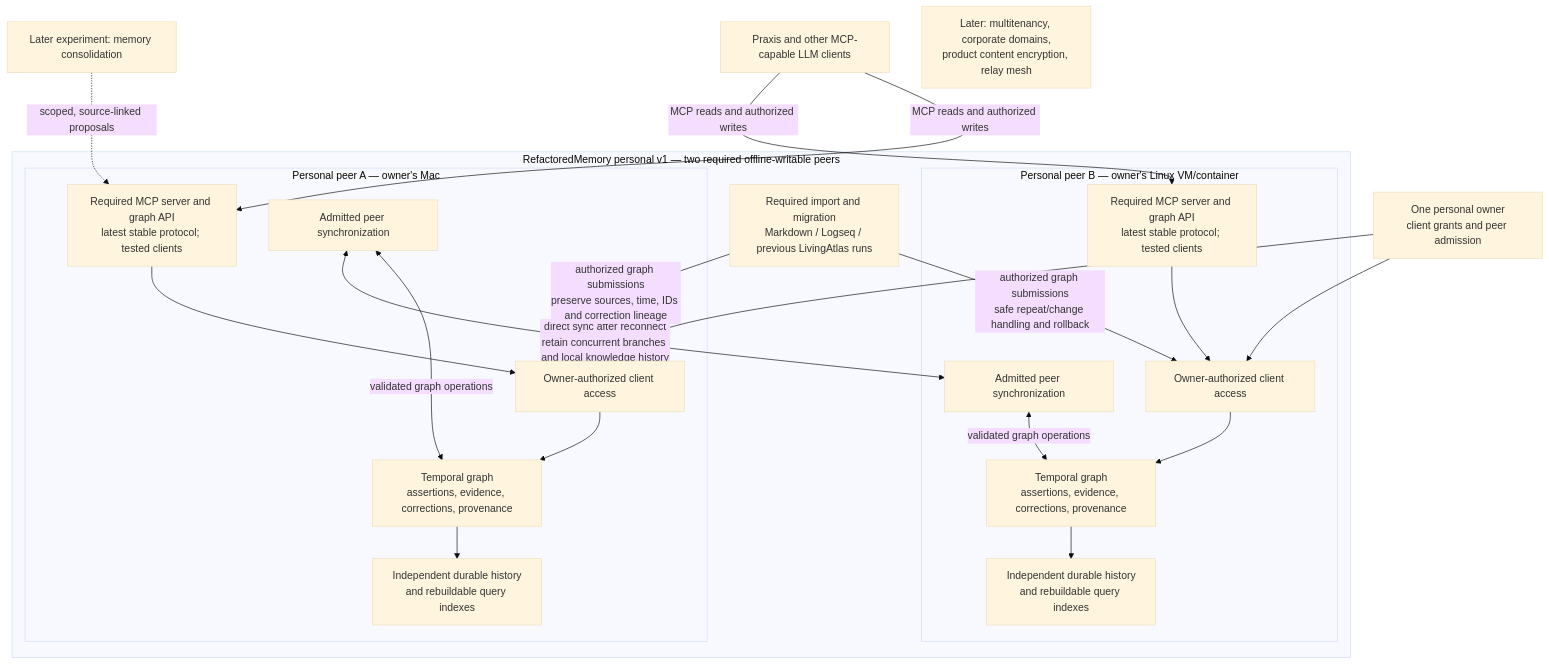
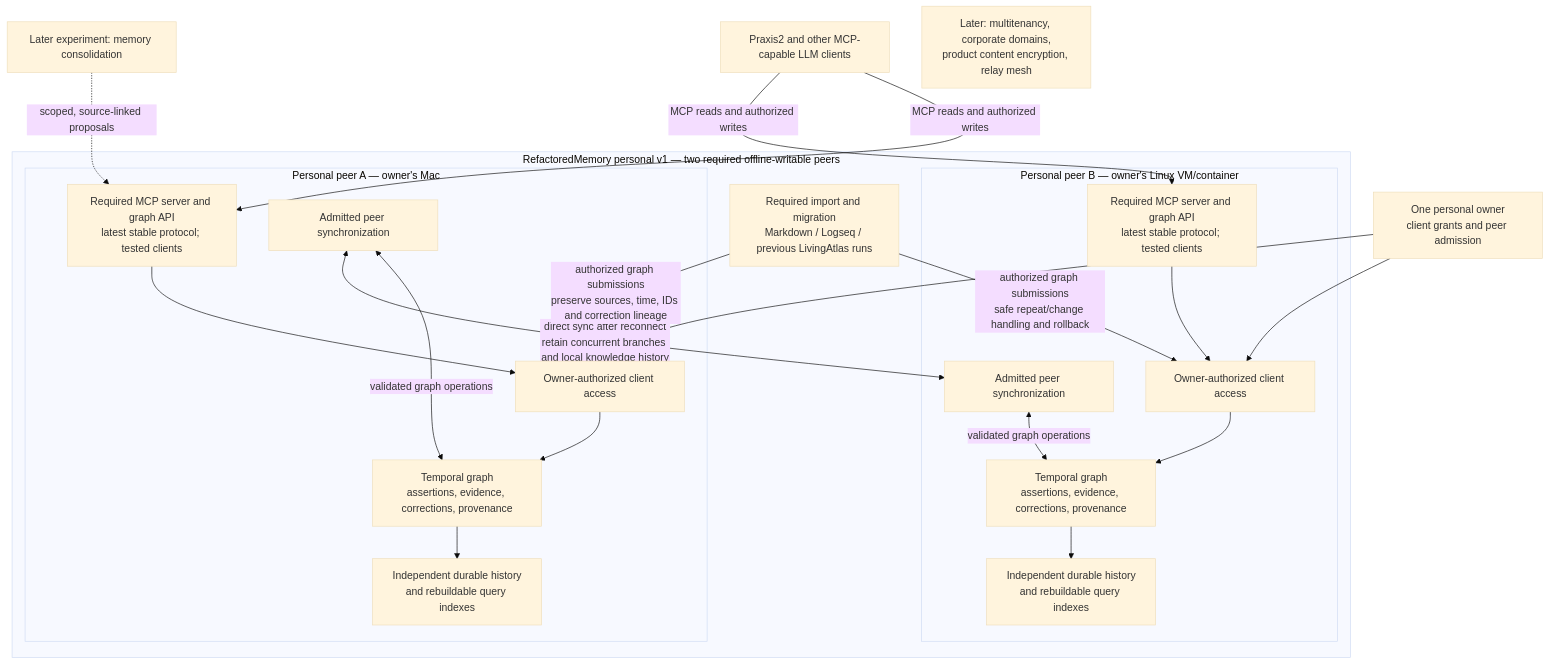
Before and after one commit to ProvisioInsights/RefactoredMemory: the diagram in docs/diagrams/personal-v1.mmd, drawn with Mermaid (base theme). The commit also changed 23 other files, not shown here.

Commit message:
Finalize Praxis2 MCP scope and enforce discoverable capture schemas

```diff
--- a/docs/diagrams/personal-v1.mmd
+++ b/docs/diagrams/personal-v1.mmd
@@ -1,37 +1,37 @@
 flowchart TB
-    C["Praxis and other MCP-capable LLM clients"]
+    C["Praxis2 and other MCP-capable LLM clients"]
     U["One personal owner<br/>client grants and peer admission"]
 
     subgraph V1["RefactoredMemory personal v1 — two required offline-writable peers"]
         I["Required import and migration<br/>Markdown / Logseq / previous LivingAtlas runs"]
         subgraph PA["Personal peer A — owner's Mac"]
             MA["Required MCP server and graph API<br/>latest stable protocol; tested clients"]
             AA["Owner-authorized client access"]
             GA["Temporal graph<br/>assertions, evidence, corrections, provenance"]
             SA["Independent durable history<br/>and rebuildable query indexes"]
             RA["Admitted peer synchronization"]
             MA --> AA --> GA --> SA
             RA <-->|"validated graph operations"| GA
         end
 
         subgraph PB["Personal peer B — owner's Linux VM/container"]
             MB["Required MCP server and graph API<br/>latest stable protocol; tested clients"]
             AB["Owner-authorized client access"]
             GB["Temporal graph<br/>assertions, evidence, corrections, provenance"]
             SB["Independent durable history<br/>and rebuildable query indexes"]
             RB["Admitted peer synchronization"]
             MB --> AB --> GB --> SB
             RB <-->|"validated graph operations"| GB
         end
 
         RA <-->|"direct sync after reconnect<br/>retain concurrent branches and local knowledge history"| RB
         I -->|"authorized graph submissions<br/>preserve sources, time, IDs and correction lineage"| AA
         I -->|"authorized graph submissions<br/>safe repeat/change handling and rollback"| AB
     end
 
     C -->|"MCP reads and authorized writes"| MA
     C -->|"MCP reads and authorized writes"| MB
     U --> AA
     U --> AB
     W["Later experiment: memory consolidation"] -.->|"scoped, source-linked proposals"| MA
     N["Later: multitenancy, corporate domains,<br/>product content encryption, relay mesh"]
```
